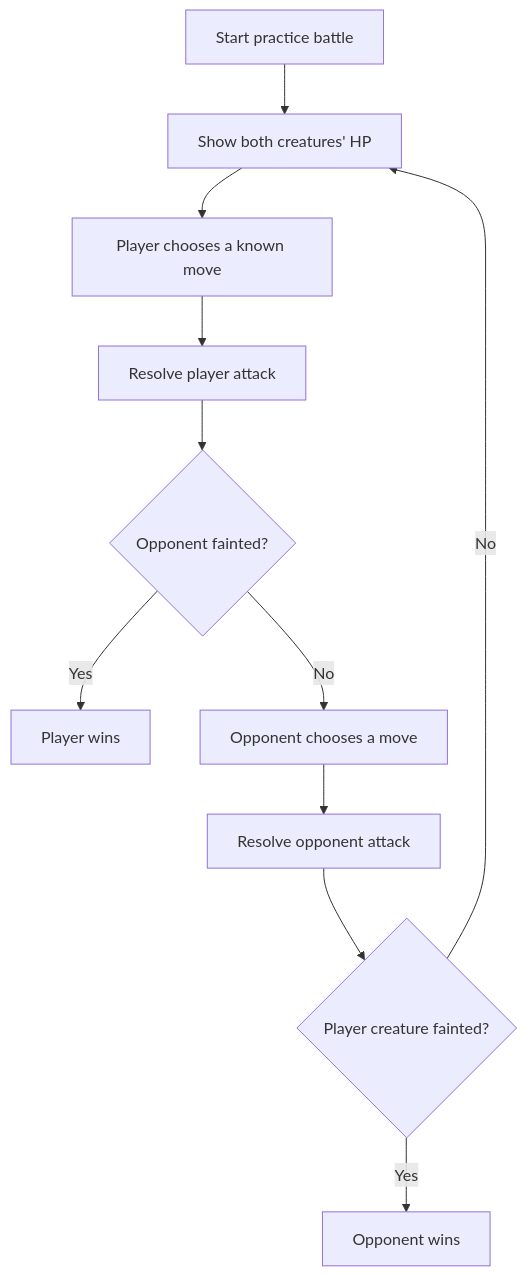
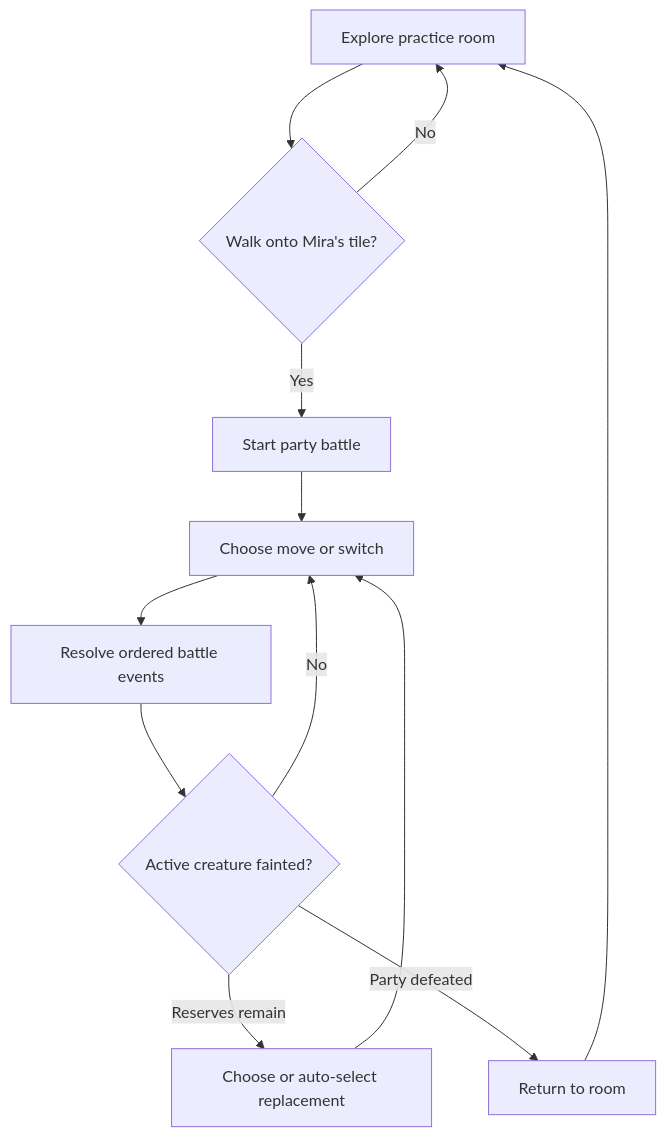
The first of 2 diagrams in README.md (FSopelsa/Poklone), drawn with Mermaid before and after one commit. The commit also changed other lines of this file and 2 other files, not shown here.

````diff
--- a/README.md
+++ b/README.md
@@ -29,13 +26,14 @@
 ```mermaid
 flowchart TD
-    A[Start practice battle] --> B[Show both creatures' HP]
-    B --> C[Player chooses a known move]
-    C --> D[Resolve player attack]
-    D --> E{Opponent fainted?}
-    E -- Yes --> W[Player wins]
-    E -- No --> F[Opponent chooses a move]
-    F --> G[Resolve opponent attack]
-    G --> H{Player creature fainted?}
-    H -- Yes --> L[Opponent wins]
-    H -- No --> B
+    A[Explore practice room] --> B{Walk onto Mira's tile?}
+    B -- No --> A
+    B -- Yes --> C[Start party battle]
+    C --> D[Choose move or switch]
+    D --> E[Resolve ordered battle events]
+    E --> F{Active creature fainted?}
+    F -- Reserves remain --> G[Choose or auto-select replacement]
+    G --> D
+    F -- Party defeated --> H[Return to room]
+    F -- No --> D
+    H --> A
 ```
````
